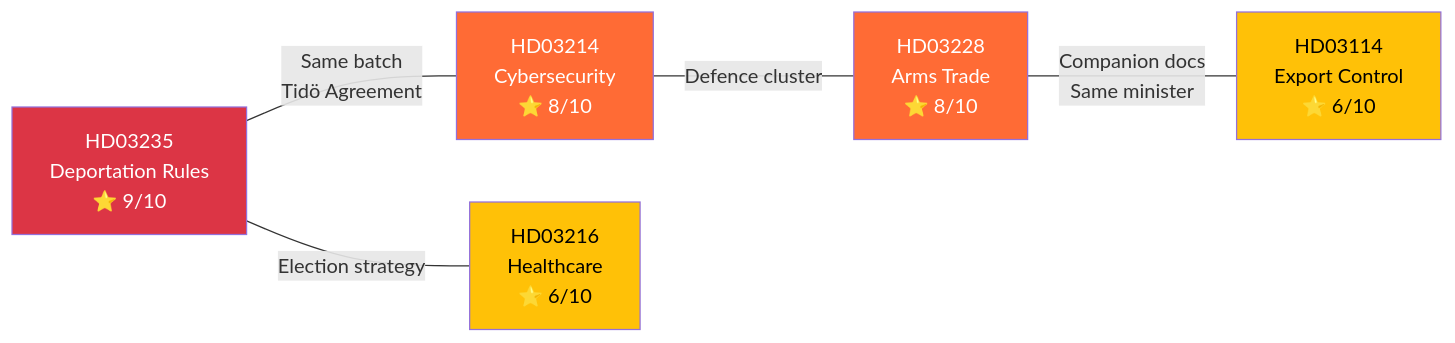
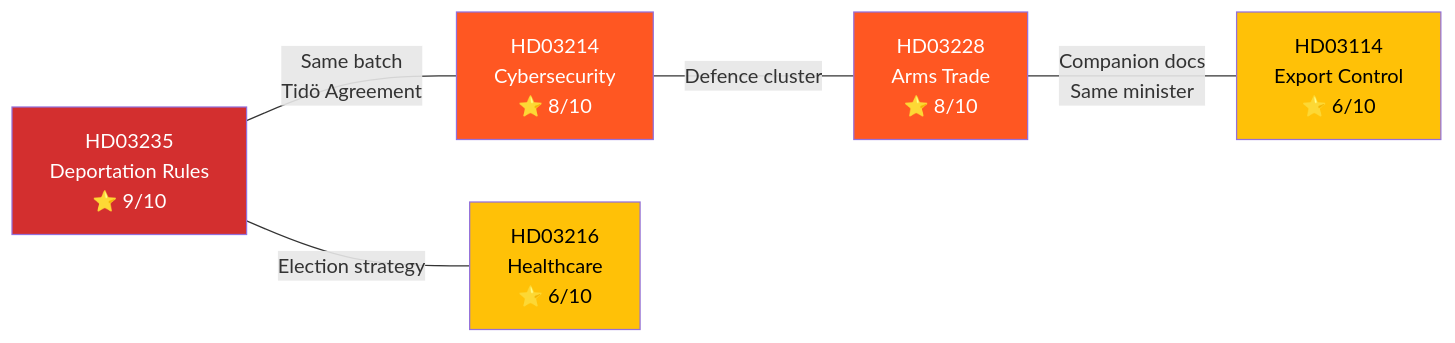
One commit to Hack23/riksdagsmonitor changed the diagram in analysis/daily/2026-04-10/propositions/cross-reference-map.md. Above: the diagram before and after it, drawn with Mermaid. The commit also changed 785 other files, not shown here.

First line of the commit message:
Normalize mermaid colors across 786 analysis artifacts to ISMS Style Guide palette

````diff
--- a/analysis/daily/2026-04-10/propositions/cross-reference-map.md
+++ b/analysis/daily/2026-04-10/propositions/cross-reference-map.md
@@ -15,13 +15,13 @@
 ```mermaid
 graph LR
     HD03235["HD03235<br/>Deportation Rules<br/>⭐ 9/10"] --- |"Same batch<br/>Tidö Agreement"| HD03214["HD03214<br/>Cybersecurity<br/>⭐ 8/10"]
     HD03228["HD03228<br/>Arms Trade<br/>⭐ 8/10"] --- |"Companion docs<br/>Same minister"| HD03114["HD03114<br/>Export Control<br/>⭐ 6/10"]
     HD03214 --- |"Defence cluster"| HD03228
     HD03235 --- |"Election strategy"| HD03216["HD03216<br/>Healthcare<br/>⭐ 6/10"]
     
-    style HD03235 fill:#dc3545,color:#fff
-    style HD03214 fill:#ff6b35,color:#fff
-    style HD03228 fill:#ff6b35,color:#fff
-    style HD03216 fill:#ffc107,color:#000
-    style HD03114 fill:#ffc107,color:#000
+    style HD03235 fill:#D32F2F,color:#FFFFFF
+    style HD03214 fill:#FF5722,color:#FFFFFF
+    style HD03228 fill:#FF5722,color:#FFFFFF
+    style HD03216 fill:#FFC107,color:#000000
+    style HD03114 fill:#FFC107,color:#000000
 ```
````
